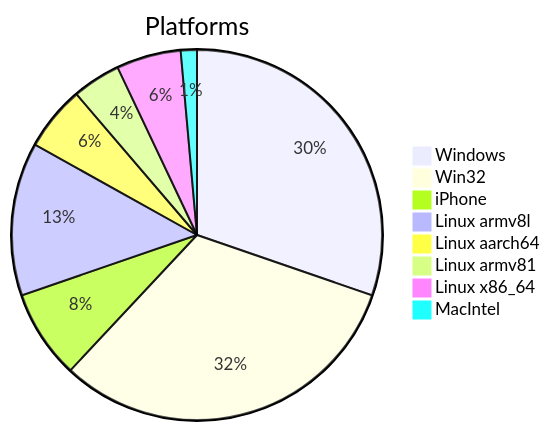
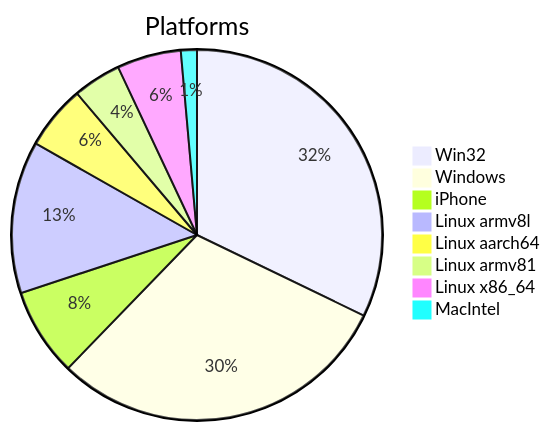
The first of 2 diagrams in DATA_REPORT.md (Krugou/socials), drawn with Mermaid before and after one commit. The commit also changed other lines of this file and 2 other files, not shown here.

````diff
--- a/DATA_REPORT.md
+++ b/DATA_REPORT.md
@@ -9,11 +9,11 @@
 ```mermaid
 pie title Platforms
+    "Win32" : 46
     "Windows" : 43
-    "Win32" : 45
     "iPhone" : 11
     "Linux armv8l" : 19
     "Linux aarch64" : 8
     "Linux armv81" : 6
     "Linux x86_64" : 8
     "MacIntel" : 2
 ```
````
